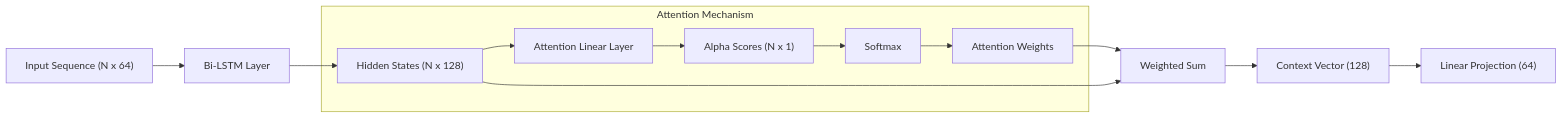
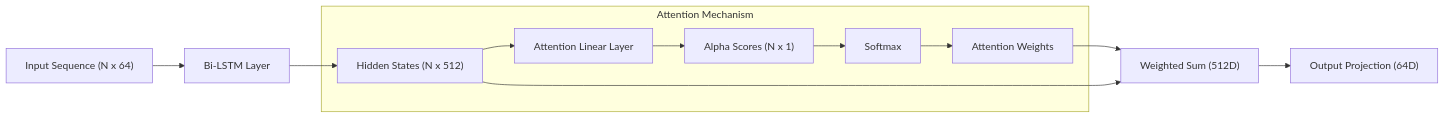
Before and after one commit to didi-09/AI_DRIVEN_SOAR: the fourth of 6 diagrams in README.md, drawn with Mermaid. The commit also changed other lines of this file, not shown here.

First line of the commit message:
Revise Observer architecture and operational logic

````diff
--- a/README.md
+++ b/README.md
@@ -138,17 +140,16 @@
 ```mermaid
 graph LR
     Input["Input Sequence (N x 64)"] --> LSTM[Bi-LSTM Layer]
-    LSTM --> Hidden["Hidden States (N x 128)"]
+    LSTM --> Hidden["Hidden States (N x 512)"]
     
     subgraph "Attention Mechanism"
         Hidden --> Attn["Attention Linear Layer"]
         Attn --> Scores["Alpha Scores (N x 1)"]
         Scores --> Softmax["Softmax"]
         Softmax --> Weights["Attention Weights"]
     end
     
-    Weights --> Dot["Weighted Sum"]
+    Weights --> Dot["Weighted Sum (512D)"]
     Hidden --> Dot
-    Dot --> Context["Context Vector (128)"]
-    Context --> Output["Linear Projection (64)"]
+    Dot --> Proj["Output Projection (64D)"]
 ```
````
